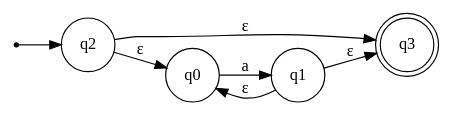
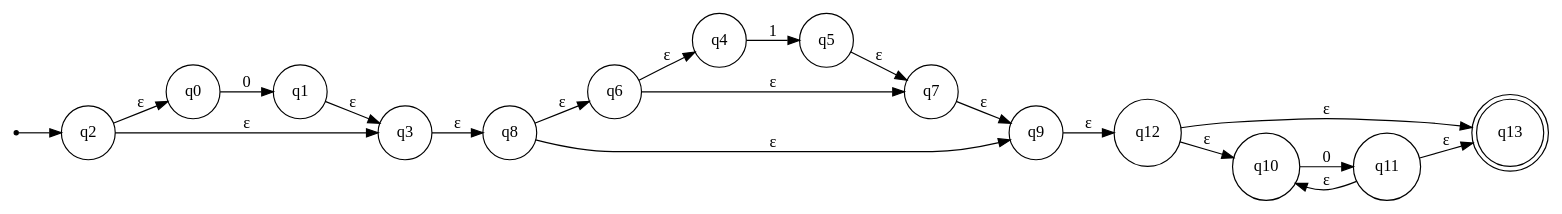
One commit to Artli22/Laboratorio4_Teoria changed the diagram in afn_4.dot. Above: the diagram before and after it, drawn with Graphviz. The commit also changed 12 other files, not shown here.

```diff
--- a/afn_4.dot
+++ b/afn_4.dot
@@ -1,16 +1,29 @@
 digraph AFN {
     rankdir=LR;
 
     node [shape=circle];
 
     inicio [shape=point];
     inicio -> q2;
 
-    q3 [shape=doublecircle];
+    q13 [shape=doublecircle];
 
-    q0 -> q1 [label="a"];
+    q0 -> q1 [label="0"];
     q2 -> q0 [label="ε"];
     q2 -> q3 [label="ε"];
-    q1 -> q0 [label="ε"];
     q1 -> q3 [label="ε"];
+    q3 -> q8 [label="ε"];
+    q4 -> q5 [label="1"];
+    q6 -> q4 [label="ε"];
+    q6 -> q7 [label="ε"];
+    q5 -> q7 [label="ε"];
+    q8 -> q6 [label="ε"];
+    q8 -> q9 [label="ε"];
+    q7 -> q9 [label="ε"];
+    q9 -> q12 [label="ε"];
+    q10 -> q11 [label="0"];
+    q12 -> q10 [label="ε"];
+    q12 -> q13 [label="ε"];
+    q11 -> q10 [label="ε"];
+    q11 -> q13 [label="ε"];
 }
```
